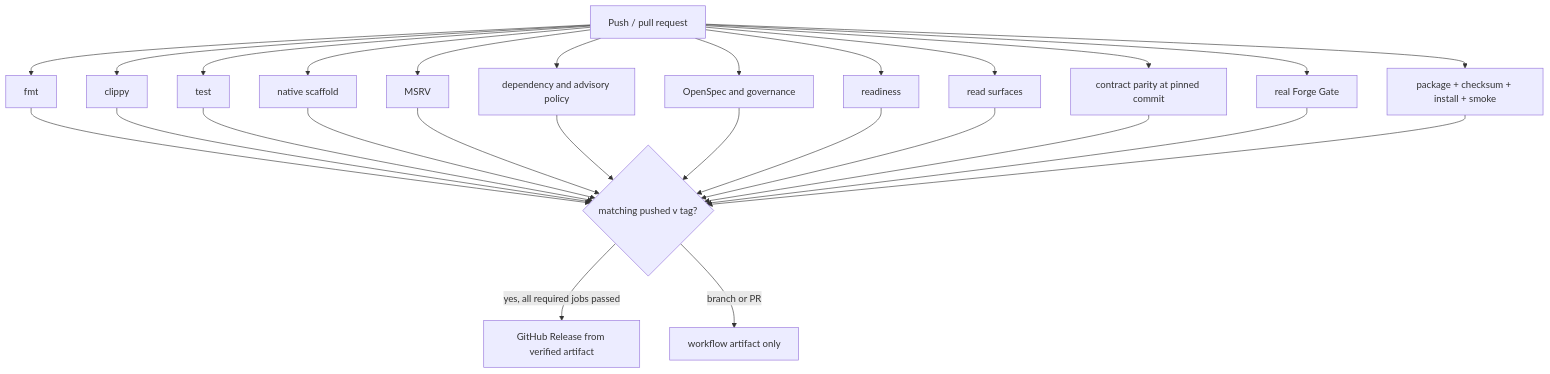
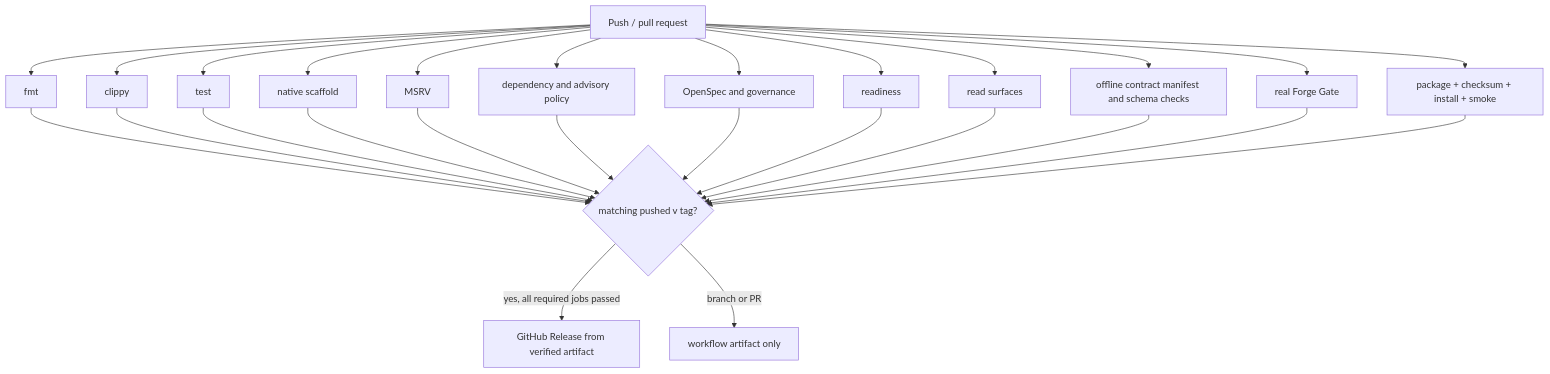
One commit to lileililiwen/forge changed the third of 4 diagrams in docs/ci-cd-system-model.md. Above: the diagram before and after it, drawn with Mermaid. The commit also changed other lines of this file and 64 other files, not shown here.

Commit message:
feat: own consumed platform contract schemas

````diff
--- a/docs/ci-cd-system-model.md
+++ b/docs/ci-cd-system-model.md
@@ -124,29 +124,29 @@
 ```mermaid
 flowchart TD
   EVT[Push / pull request] --> FMT[fmt]
   EVT --> CL[clippy]
   EVT --> TEST[test]
   EVT --> NAT[native scaffold]
   EVT --> MSRV[MSRV]
   EVT --> DENY[dependency and advisory policy]
   EVT --> GOV[OpenSpec and governance]
   EVT --> READY[readiness]
   EVT --> SURF[read surfaces]
-  EVT --> PARITY[contract parity at pinned commit]
+  EVT --> CONTRACTS[offline contract manifest and schema checks]
   EVT --> GATE[real Forge Gate]
   EVT --> ART[package + checksum + install + smoke]
   FMT --> REL{matching pushed v<version> tag?}
   CL --> REL
   TEST --> REL
   NAT --> REL
   MSRV --> REL
   DENY --> REL
   GOV --> REL
   READY --> REL
   SURF --> REL
-  PARITY --> REL
+  CONTRACTS --> REL
   GATE --> REL
   ART --> REL
   REL -->|yes, all required jobs passed| PUB[GitHub Release from verified artifact]
   REL -->|branch or PR| ARTIFACT[workflow artifact only]
 ```
````
